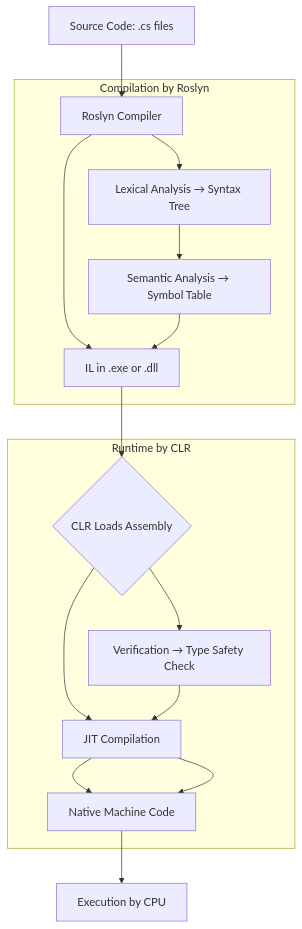
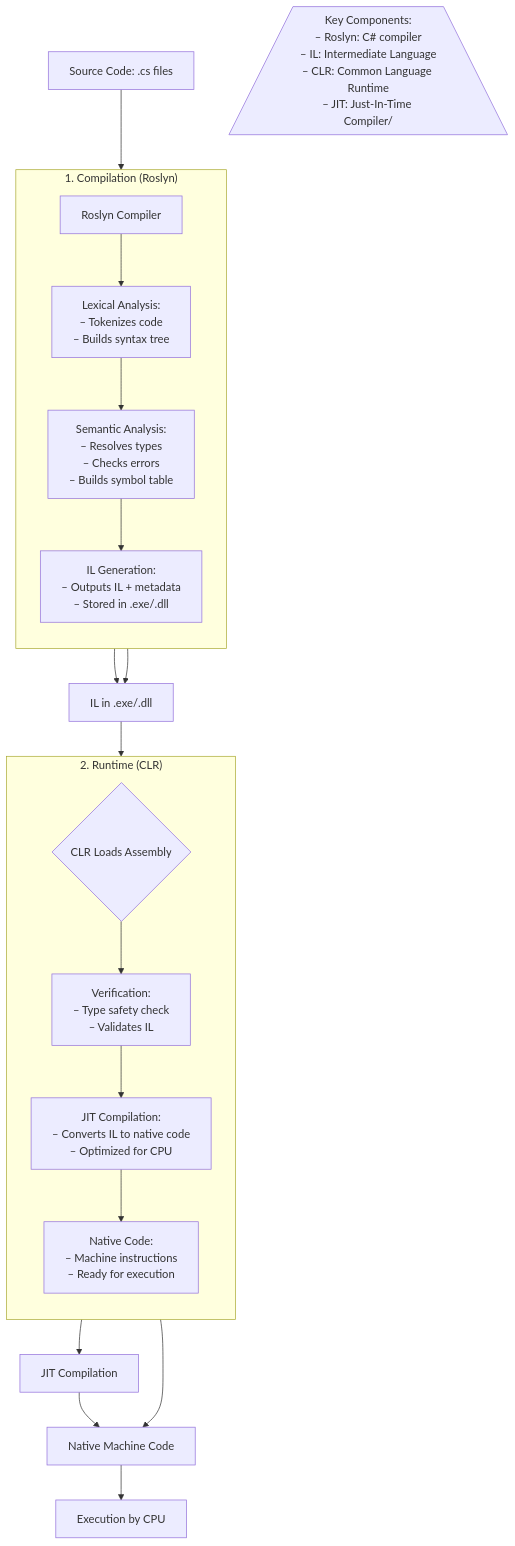
Before and after one commit to andikatjacobdennis/CSharpMastery: the diagram in docs/001_Introduction-to-C-Sharp/001.001.What-is-C-Sharp.md, drawn with Mermaid.

````diff
--- a/docs/001_Introduction-to-C-Sharp/001.001.What-is-C-Sharp.md
+++ b/docs/001_Introduction-to-C-Sharp/001.001.What-is-C-Sharp.md
@@ -13,21 +13,33 @@
 ```mermaid
 flowchart TD
+
+    %% ==== Main Flow ====
     A[Source Code: .cs files] --> B[Roslyn Compiler]
-    B --> C[IL in .exe or .dll]
+    B --> C[IL in .exe/.dll]
     C --> D{CLR Loads Assembly}
     D --> E[JIT Compilation]
     E --> F[Native Machine Code]
     F --> G[Execution by CPU]
 
-    subgraph Compilation_Roslyn [Compilation by Roslyn]
-        B --> B1[Lexical Analysis → Syntax Tree]
-        B1 --> B2[Semantic Analysis → Symbol Table]
-        B2 --> C
+    %% ==== Compilation Phase (Roslyn) ====
+    subgraph Compilation_Phase ["1. Compilation (Roslyn)"]
+        direction TB
+        B --> B1["Lexical Analysis:<br>– Tokenizes code<br>– Builds syntax tree"]
+        B1 --> B2["Semantic Analysis:<br>– Resolves types<br>– Checks errors<br>– Builds symbol table"]
+        B2 --> C2["IL Generation:<br>– Outputs IL + metadata<br>– Stored in .exe/.dll"]
     end
+    C2 --> C
 
-    subgraph Runtime_CLR [Runtime by CLR]
-        D --> D1[Verification → Type Safety Check]
-        D1 --> E
-        E --> F
+    %% ==== Runtime Phase (CLR) ====
+    subgraph Runtime_Phase ["2. Runtime (CLR)"]
+        direction TB
+        D --> D1["Verification:<br>– Type safety check<br>– Validates IL"]
+        D1 --> E2["JIT Compilation:<br>– Converts IL to native code<br>– Optimized for CPU"]
+        E2 --> F2["Native Code:<br>– Machine instructions<br>– Ready for execution"]
     end
+    E2 --> F
+
+    %% ==== Legend / Notes ====
+    note1[/"Key Components:<br>– Roslyn: C# compiler<br>– IL: Intermediate Language<br>– CLR: Common Language Runtime<br>– JIT: Just-In-Time Compiler"/\]
+
 ```
````
